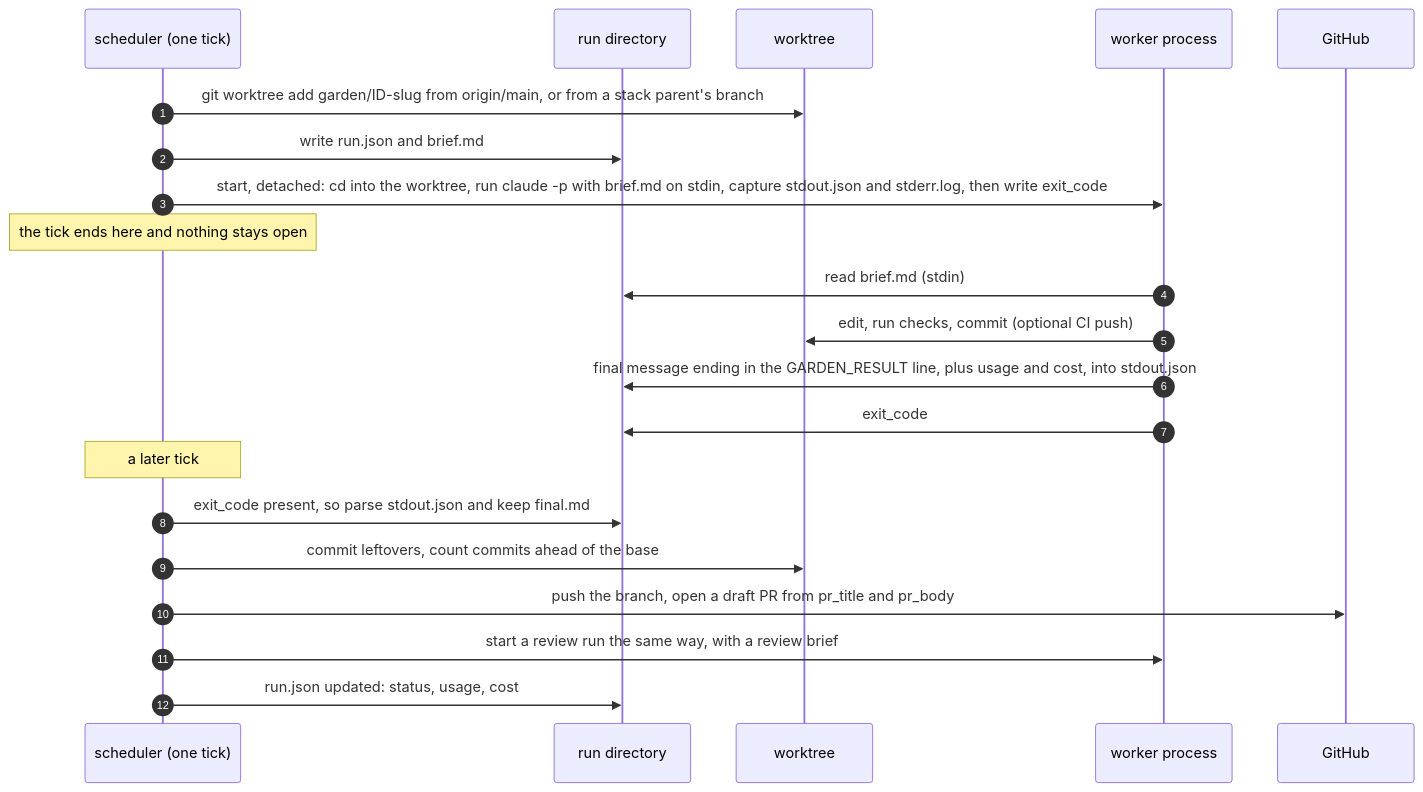
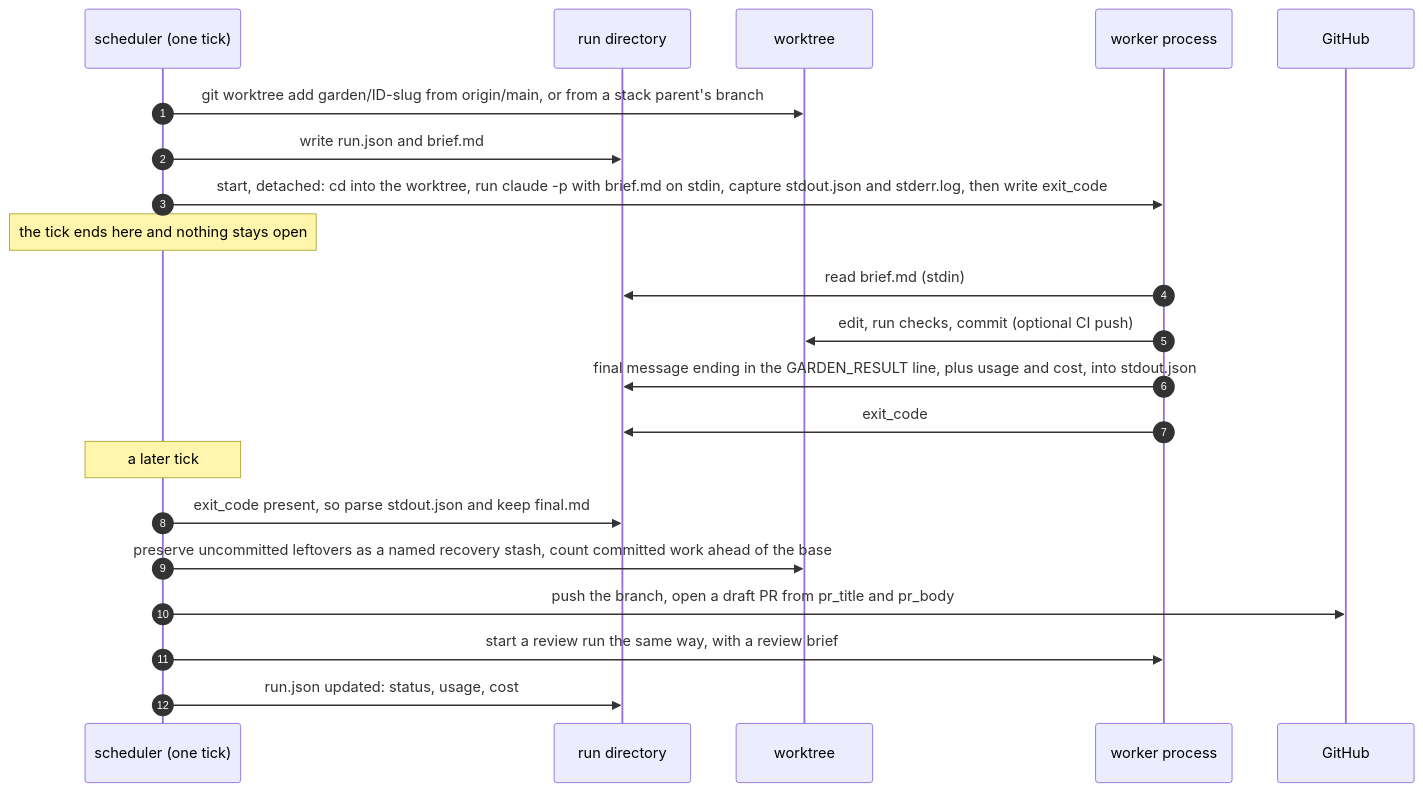
Before and after one commit to joshmarcus/context-garden: the diagram in docs/worker-protocol.md, drawn with Mermaid. The commit also changed other lines of this file and 7 other files, not shown here.

````diff
--- a/docs/worker-protocol.md
+++ b/docs/worker-protocol.md
@@ -49,23 +49,23 @@
 ```mermaid
 sequenceDiagram
   autonumber
   participant S as scheduler (one tick)
   participant D as run directory
   participant T as worktree
   participant W as worker process
   participant G as GitHub
   S->>T: git worktree add garden/ID-slug from origin/main, or from a stack parent's branch
   S->>D: write run.json and brief.md
   S->>W: start, detached: cd into the worktree, run claude -p with brief.md on stdin, capture stdout.json and stderr.log, then write exit_code
   Note over S: the tick ends here and nothing stays open
   W->>D: read brief.md (stdin)
   W->>T: edit, run checks, commit (optional CI push)
   W->>D: final message ending in the GARDEN_RESULT line, plus usage and cost, into stdout.json
   W->>D: exit_code
   Note over S: a later tick
   S->>D: exit_code present, so parse stdout.json and keep final.md
-  S->>T: commit leftovers, count commits ahead of the base
+  S->>T: preserve uncommitted leftovers as a named recovery stash, count committed work ahead of the base
   S->>G: push the branch, open a draft PR from pr_title and pr_body
   S->>W: start a review run the same way, with a review brief
   S->>D: run.json updated: status, usage, cost
 ```
````
